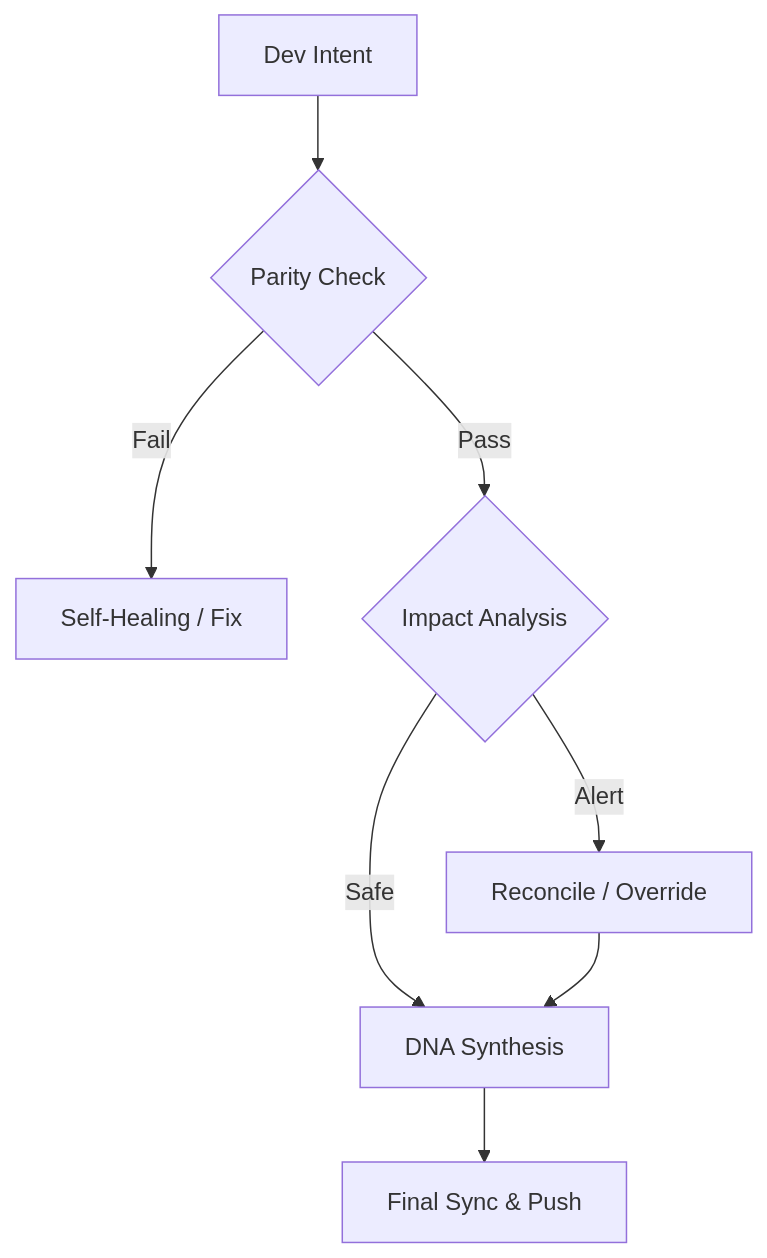
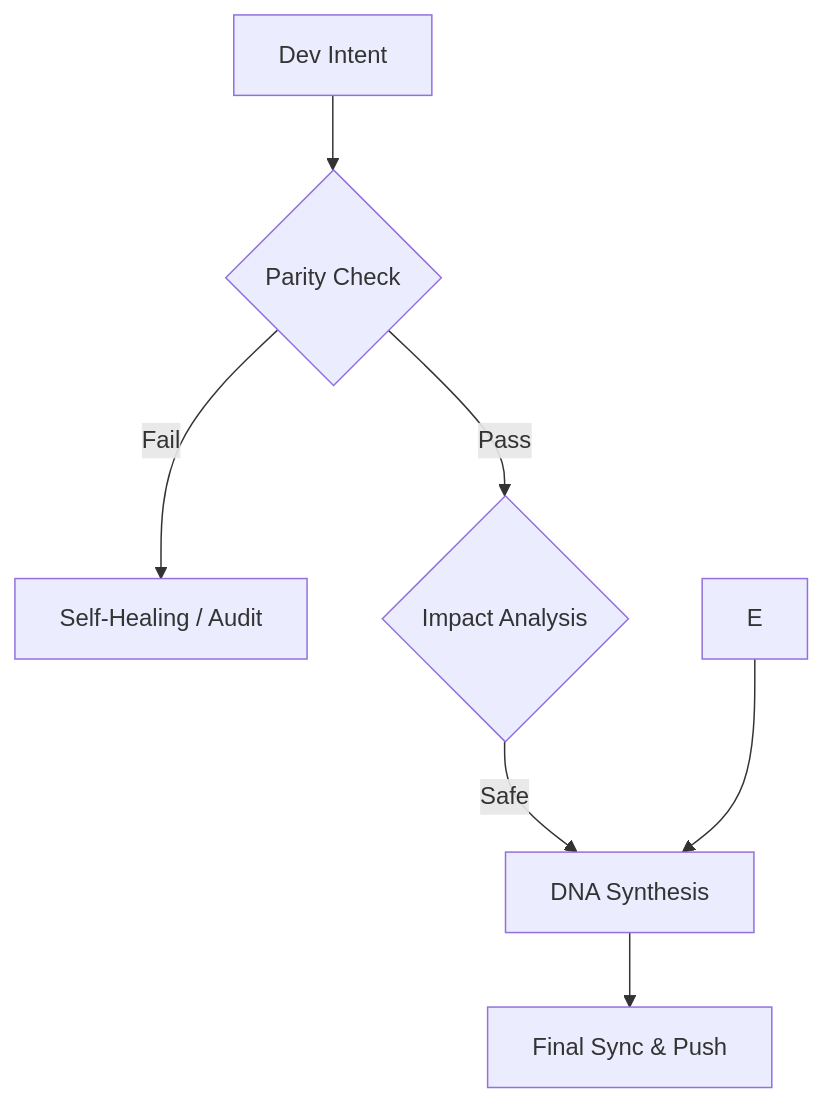
One commit to SteveBlackbeard/CHRONOLITH-by-Ethernium changed the diagram in README.md. Above: the diagram before and after it, drawn with Mermaid. The commit also changed other lines of this file and 202 other files, not shown here.

````diff
--- a/README.md
+++ b/README.md
@@ -98,10 +128,9 @@
 ```mermaid
 graph TD
     A[Dev Intent] --> B{Parity Check}
-    B -- Fail --> C[Self-Healing / Fix]
+    B -- Fail --> C[Self-Healing / Audit]
     B -- Pass --> D{Impact Analysis}
-    D -- Alert --> E[Reconcile / Override]
     D -- Safe --> F[DNA Synthesis]
     E --> F
     F --> G[Final Sync & Push]
 ```
````
